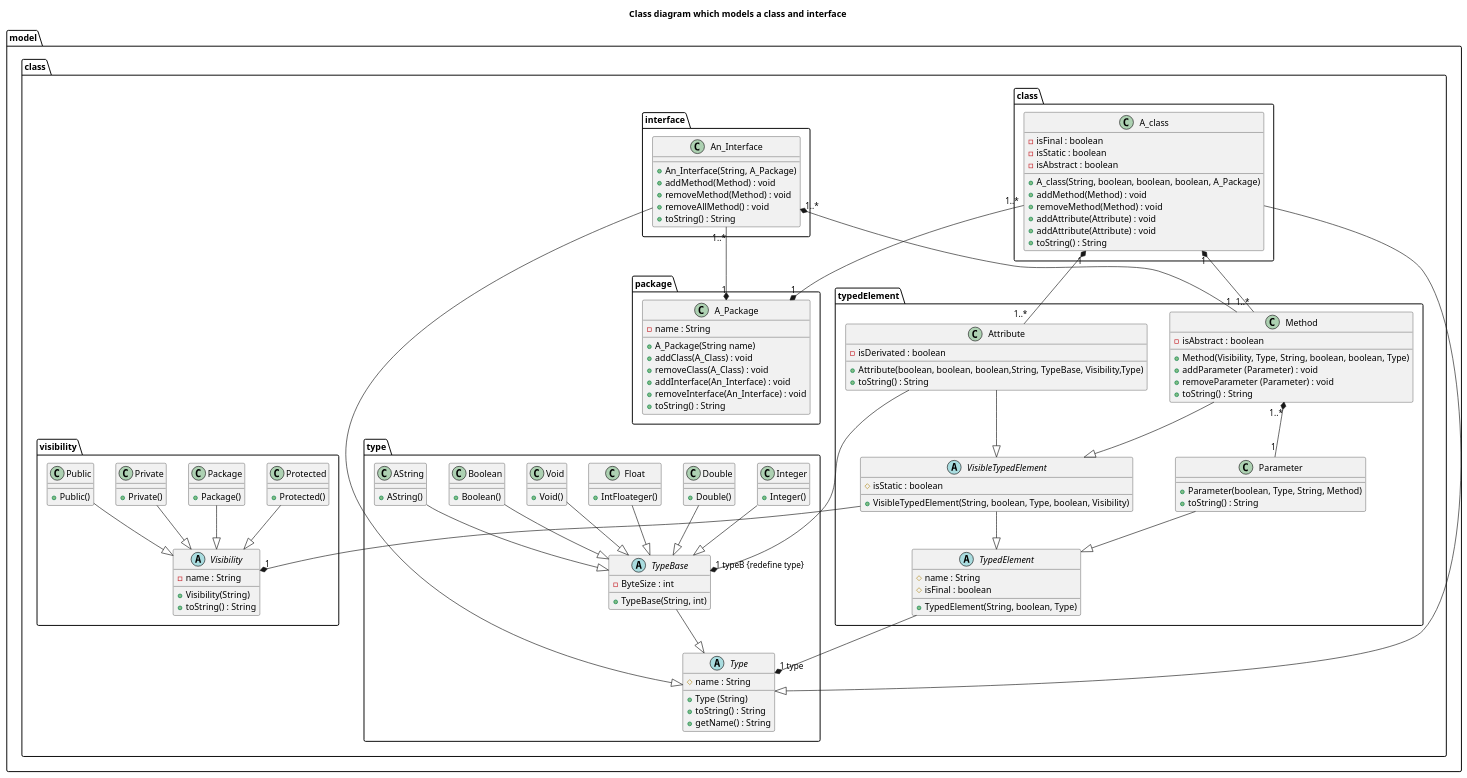
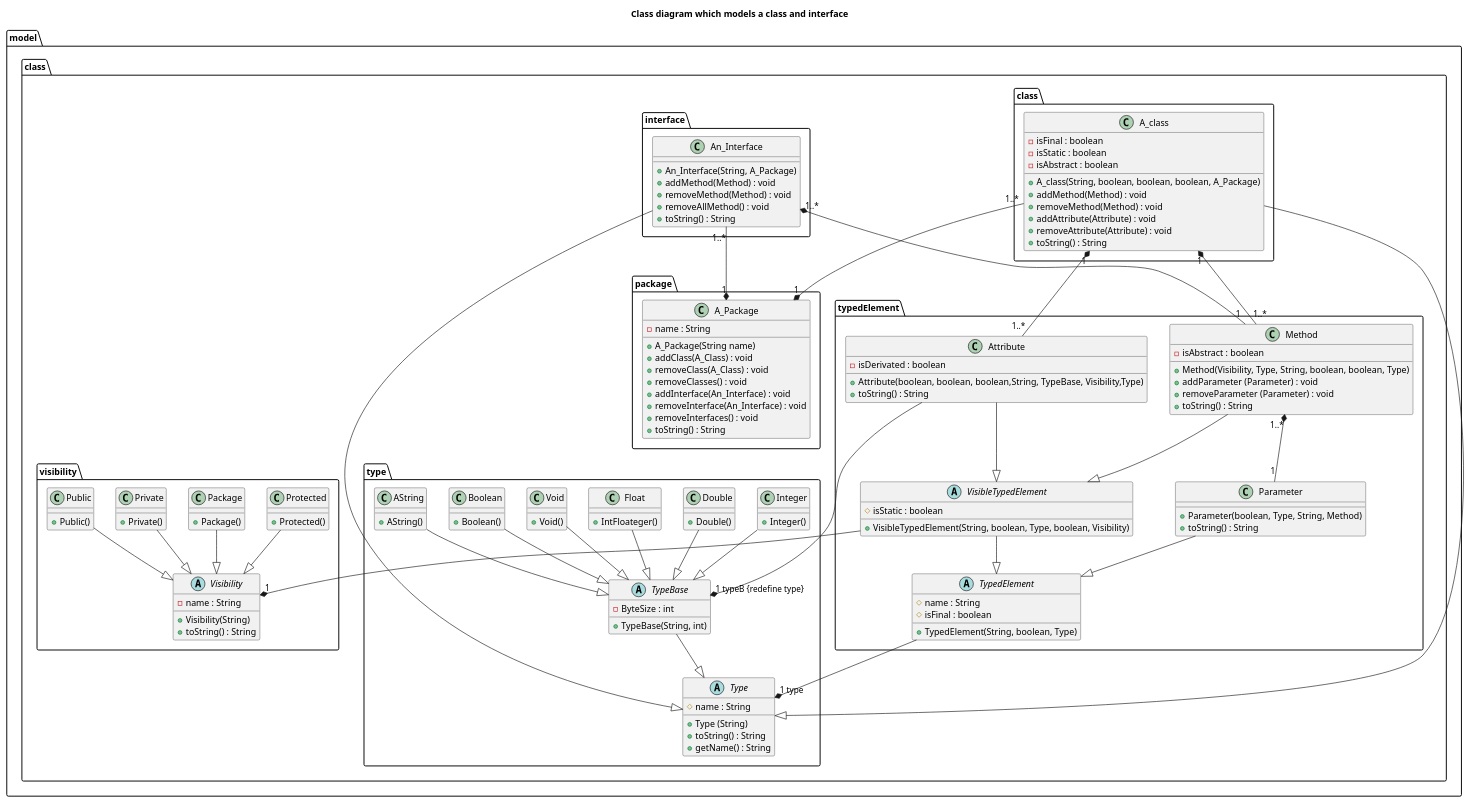
Before and after one commit to Phalexei/Modeleur: the diagram in src/com/github/tomap/uml/class/class_model_class.puml, drawn with PlantUML. The commit also changed 10 other files, not shown here.

Commit message:
Software Sequence Diagram

```diff
--- a/src/com/github/tomap/uml/class/class_model_class.puml
+++ b/src/com/github/tomap/uml/class/class_model_class.puml
@@ -13,8 +13,10 @@
 		 + A_Package(String name)
 		 + addClass(A_Class) : void
 		 + removeClass(A_Class) : void
+		 + removeClasses() : void
 		 + addInterface(An_Interface) : void
 		 + removeInterface(An_Interface) : void
+		 + removeInterfaces() : void
 		 + toString() : String
 		}
 	}
@@ -30,7 +32,7 @@
 		  + addMethod(Method) : void
 		  + removeMethod(Method) : void
 		  + addAttribute(Attribute) : void
-		  + addAttribute(Attribute) : void
+		  + removeAttribute(Attribute) : void
 		  + toString() : String
 		}
 	}
```
